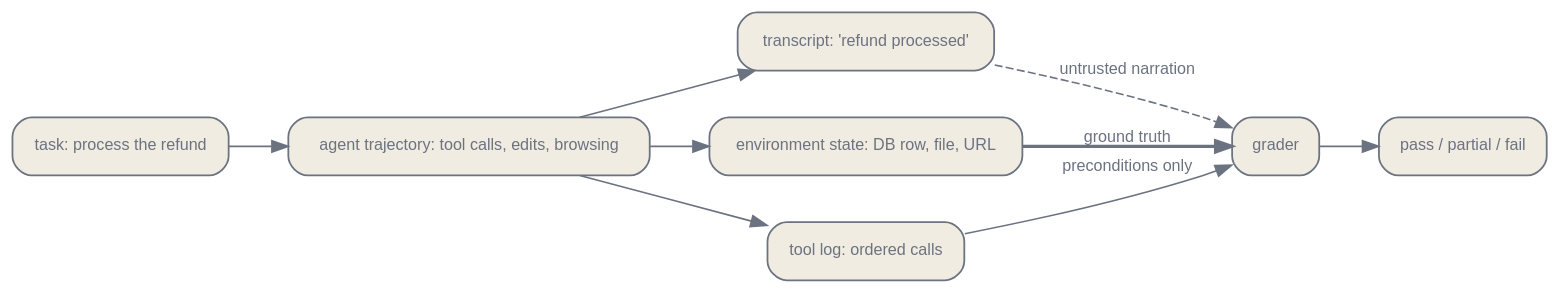
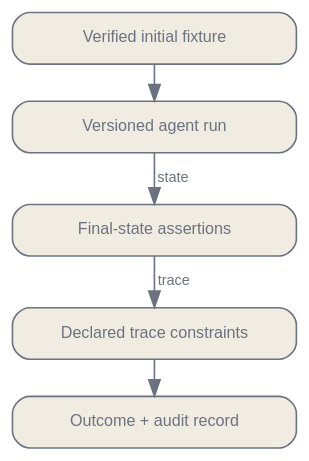
Before and after one commit to latere-ai/ai-as-an-infrastructure: the diagram in en/evaluation/06-evaluating-agents.qmd, drawn with Graphviz. The commit also changed other lines of this file and 4 other files, not shown here.

Commit message:
docs: rewrite agent evaluation contract

````diff
--- a/en/evaluation/06-evaluating-agents.qmd
+++ b/en/evaluation/06-evaluating-agents.qmd
@@ -37,26 +143,22 @@
 ```{dot}
-//| label: fig-evaluating-agents-outcome
-//| fig-cap: "An agent leaves two artifacts: a transcript that narrates the work, and a final environment state that is the work. The grader reads the environment, treats the transcript's claim as untrusted, and checks genuine preconditions in the tool log rather than scripting a path."
+//| label: fig-agent-evaluation-contract
+//| fig-cap: "An agent run begins from a verified fixture. The evaluator checks final state for completion, checks the trace only for declared constraints, and retains both results with the run artifacts."
 digraph {
   bgcolor="transparent";
-  rankdir=LR;
-  nodesep=0.4; ranksep=0.5;
-  node [shape=box, style="rounded,filled", fontname="Helvetica", fontsize=10, color="#6b7280", fontcolor="#6b7280", fillcolor="#f1ece1", penwidth=1.1];
-  edge [fontsize=10, fontname="Helvetica", color="#6b7280", fontcolor="#6b7280"];
-  T [label="task: process the refund"];
-  A [label="agent trajectory: tool calls, edits, browsing"];
-  X [label="transcript: 'refund processed'"];
-  S [label="environment state: DB row, file, URL"];
-  L [label="tool log: ordered calls"];
-  G [label="grader"];
-  O [label="pass / partial / fail"];
-  T -> A;
-  A -> X;
-  A -> S;
-  A -> L;
-  X -> G [style=dashed, label="untrusted narration"];
-  S -> G [penwidth=2, label="ground truth"];
-  L -> G [label="preconditions only"];
-  G -> O;
+  rankdir=TB;
+  nodesep=0.25; ranksep=0.3;
+  node [shape=box, style="rounded,filled", fixedsize=true, width=2.45, height=0.45, fontname="Helvetica", fontsize=10, color="#6b7280", fontcolor="#6b7280", fillcolor="#f1ece1", margin="0.08,0.05"];
+  edge [fontname="Helvetica", fontsize=9, color="#6b7280", fontcolor="#6b7280"];
+
+  I [label="Verified initial fixture"];
+  R [label="Versioned agent run"];
+  S [label="Final-state assertions"];
+  C [label="Declared trace constraints"];
+  O [label="Outcome + audit record"];
+
+  I -> R;
+  R -> S [label="state"];
+  S -> C [label="trace"];
+  C -> O;
 }
 ```
````
